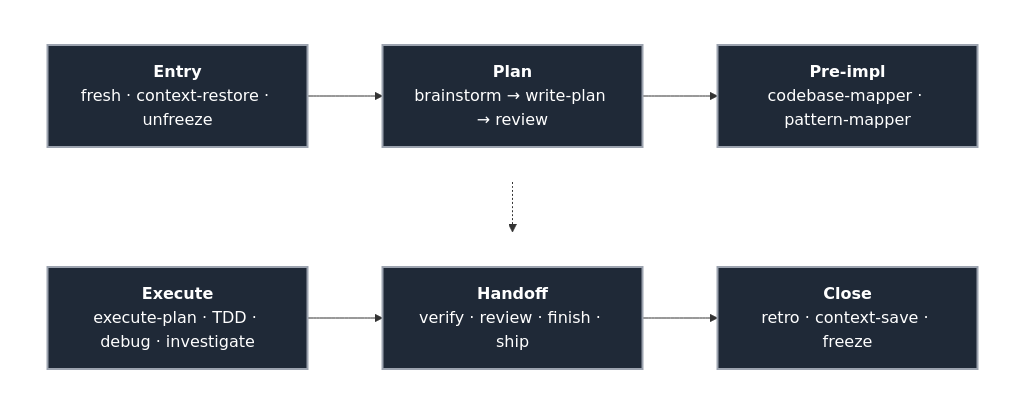
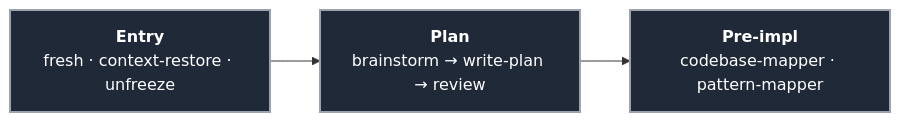
Before and after one commit to kaushiksiva07/claude-code-kit: the first of 3 diagrams in README.md, drawn with Mermaid. The commit also changed other lines of this file and 1 other file, not shown here.

Commit message:
Zoomed-out diagram: two LR blocks; ECC doc: trim to used subset
- Zoomed-out Mermaid: previous nested `subgraph ... direction LR`
  inside `flowchart TB` rendered vertically on GitHub. Split into
  two separate `flowchart LR` blocks with a `↓` between them so
  each row is guaranteed horizontal.
- docs/everything-claude-code.md: reframe from full catalog to the
  curated subset this kit actually installs — 13 agents and 4
  skills. Drop the 48-agent/183-skill enumeration; add a brief
  "Why this subset" section explaining the two filters
  (skip superpowers-overlap, keep only what matches the target
  stack).
- README: update the upstream-layers pointer to match the trimmed
  doc ("13 agents and 4 skills ... upstream has 48 and 183").

````diff
--- a/README.md
+++ b/README.md
@@ -36,19 +36,5 @@
 ```mermaid
-flowchart TB
+flowchart LR
     classDef phase fill:#1f2937,stroke:#9ca3af,color:#fff,stroke-width:2px
-
-    subgraph top [" "]
-        direction LR
-        E[<b>Entry</b><br/>fresh · context-restore · unfreeze]:::phase --> P[<b>Plan</b><br/>brainstorm → write-plan → review]:::phase --> M[<b>Pre-impl</b><br/>codebase-mapper · pattern-mapper]:::phase
-    end
-
-    subgraph bottom [" "]
-        direction LR
-        X[<b>Execute</b><br/>execute-plan · TDD · debug · investigate]:::phase --> H[<b>Handoff</b><br/>verify · review · finish · ship]:::phase --> C[<b>Close</b><br/>retro · context-save · freeze]:::phase
-    end
-
-    M -.-> X
-
-    style top fill:transparent,stroke:transparent
-    style bottom fill:transparent,stroke:transparent
+    E[<b>Entry</b><br/>fresh · context-restore · unfreeze]:::phase --> P[<b>Plan</b><br/>brainstorm → write-plan → review]:::phase --> M[<b>Pre-impl</b><br/>codebase-mapper · pattern-mapper]:::phase
 ```
````
